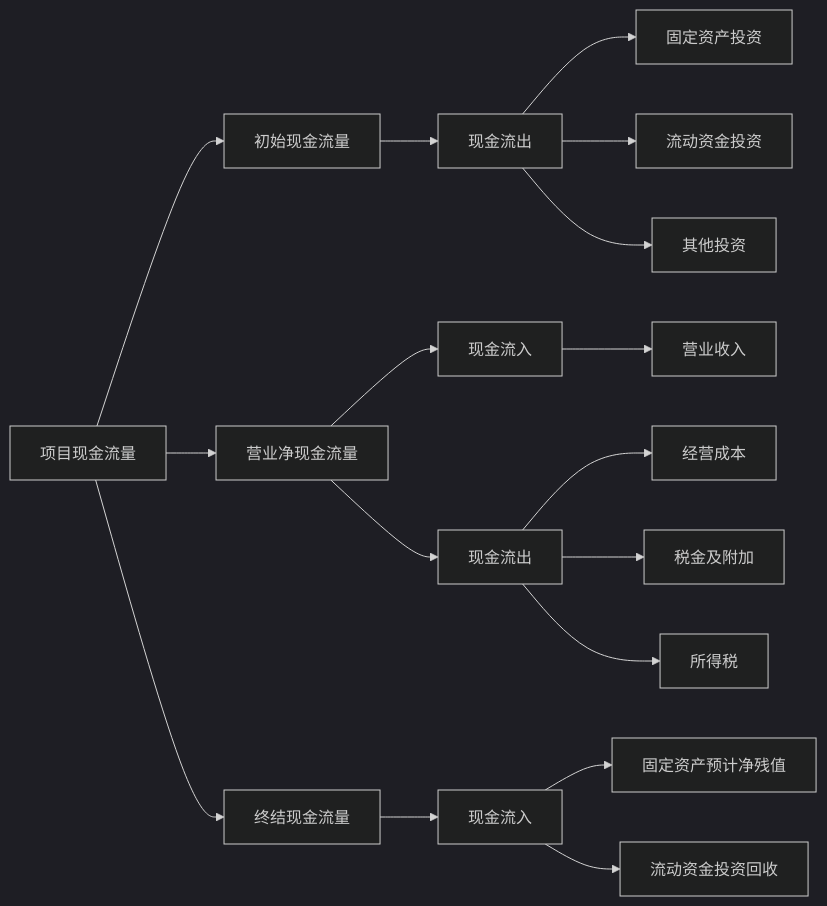
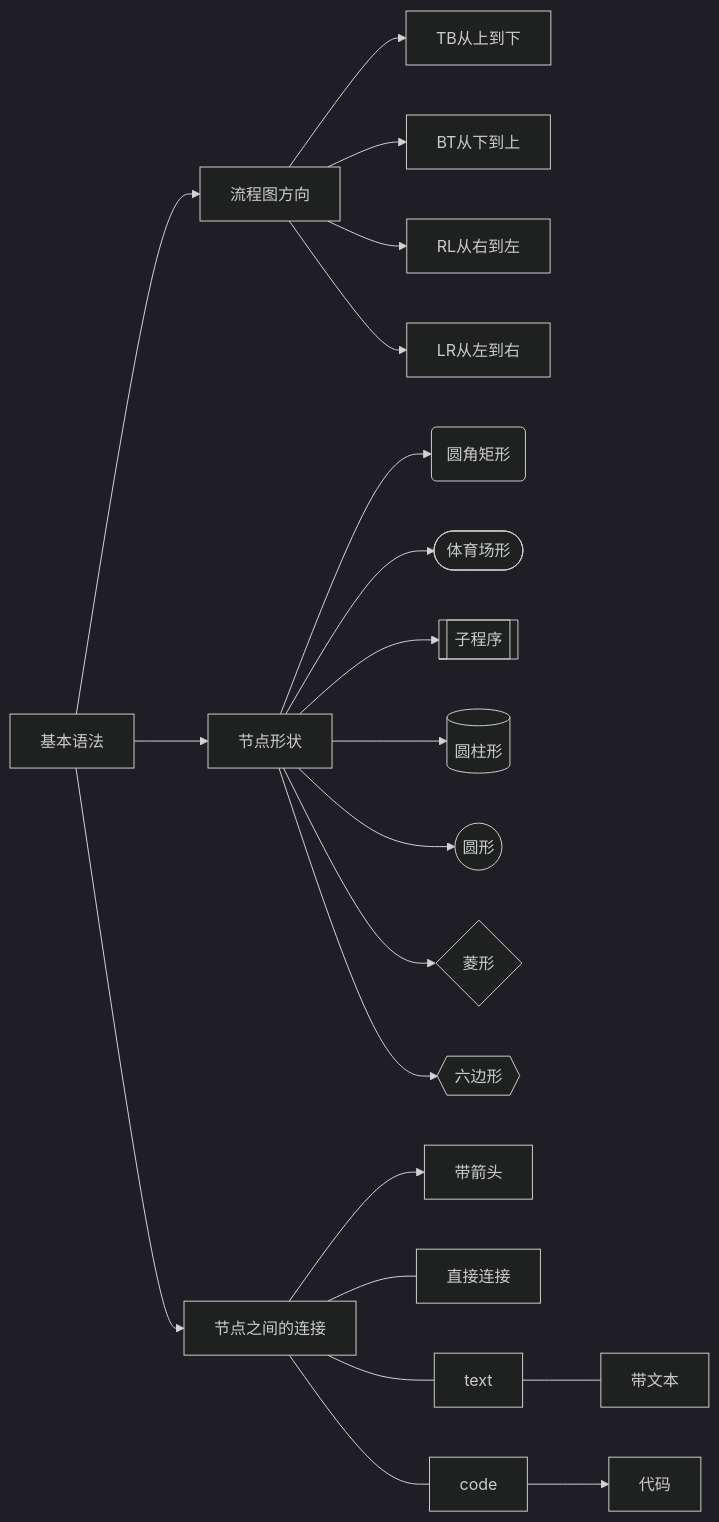
Before and after one commit to UNLINEARITY/Learn-Everything: the diagram in src/site/notes/mermaid.md, drawn with Mermaid (dark theme). The commit also changed other lines of this file, not shown here.

Commit message:
Update content src/site/notes/mermaid.md

````diff
--- a/src/site/notes/mermaid.md
+++ b/src/site/notes/mermaid.md
@@ -42,10 +8,10 @@
 ```mermaid
 graph LR
-	项目现金流量--> 初始现金流量 & 营业净现金流量 & 终结现金流量
-	初始现金流量-->id2[现金流出]-->固定资产投资 & 流动资金投资 & 其他投资
-	营业净现金流量--> 现金流入 & 现金流出
-	现金流入-->营业收入
-	现金流出-->经营成本 & 税金及附加 & 所得税
-	终结现金流量-->id1[现金流入]-->固定资产预计净残值 & 流动资金投资回收
-	
+基本语法-->1[流程图方向] & 2[节点形状] & 3[节点之间的连接]
+1--> TB从上到下 & BT从下到上 & RL从右到左 & LR从左到右
+2-->id1(圆角矩形) & id2([体育场形]) & id3[[子程序]] & id4[(圆柱形)] & id5((圆形)) & id6{菱形} & id7{{六边形}}
+3 --> 带箭头
+3 ---  直接连接
+3 --- text --- 带文本
+3 ---code-->代码
 ```
````
